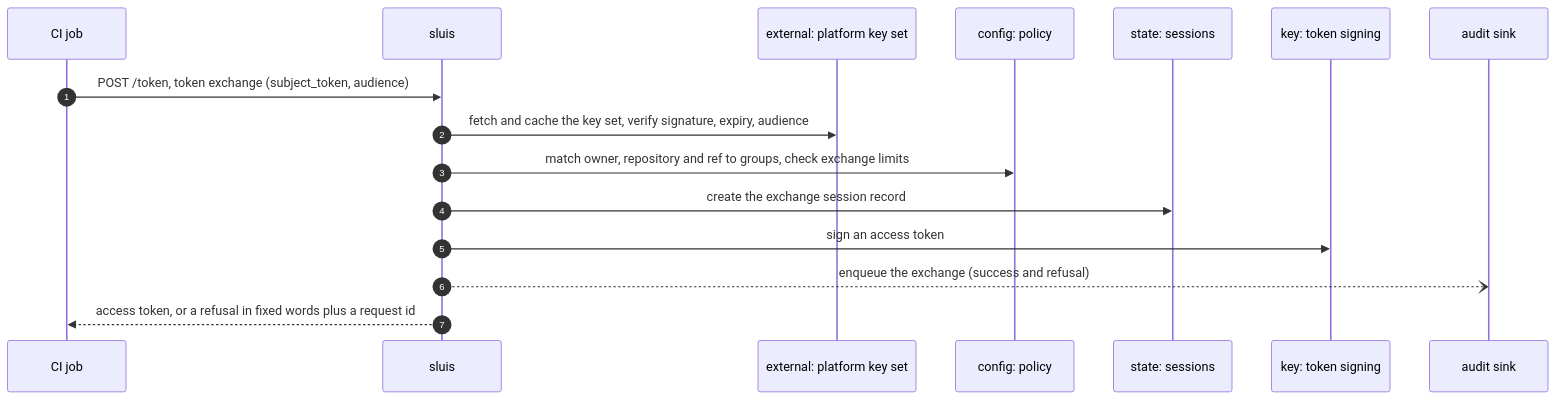
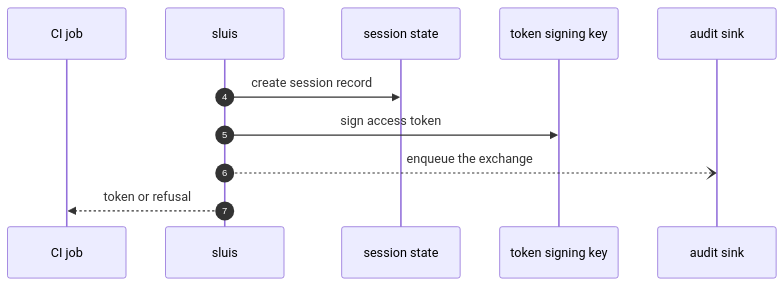
The third of 5 diagrams in docs/architecture/context.md (truvity/sluis), drawn with Mermaid before and after one commit. The commit also changed other lines of this file and 6 other files, not shown here.

First line of the commit message:
docs(site): split oversized diagrams into steps and shorten labels

````diff
--- a/docs/architecture/context.md
+++ b/docs/architecture/context.md
@@ -178,18 +211,13 @@
 ```mermaid
 sequenceDiagram
-  autonumber
+  autonumber 4
   participant J as CI job
   participant S as sluis
-  participant X as external: platform key set
-  participant C as config: policy
-  participant ST as state: sessions
-  participant K as key: token signing
+  participant ST as session state
+  participant K as token signing key
   participant A as audit sink
-  J->>S: POST /token, token exchange (subject_token, audience)
-  S->>X: fetch and cache the key set, verify signature, expiry, audience
-  S->>C: match owner, repository and ref to groups, check exchange limits
-  S->>ST: create the exchange session record
-  S->>K: sign an access token
-  S--)A: enqueue the exchange (success and refusal)
-  S-->>J: access token, or a refusal in fixed words plus a request id
+  S->>ST: create session record
+  S->>K: sign access token
+  S--)A: enqueue the exchange
+  S-->>J: token or refusal
 ```
````
